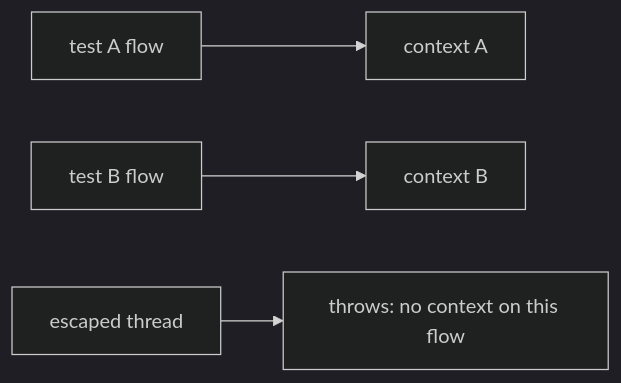
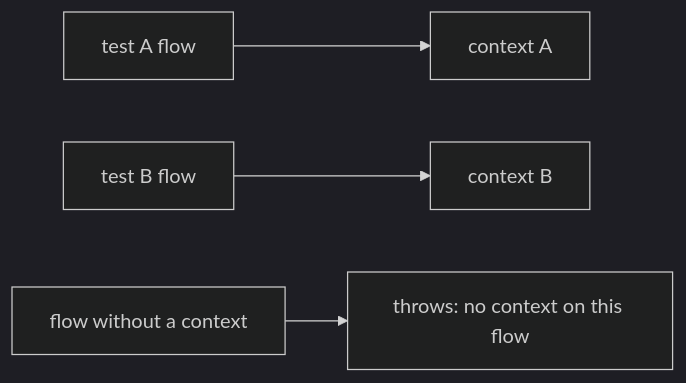
One commit to MSeys/ProtoTest changed the first of 2 diagrams in docs/docs/foundation/execution-context.md. Above: the diagram before and after it, drawn with Mermaid (dark theme). The commit also changed other lines of this file and 41 other files, not shown here.

````diff
--- a/docs/docs/foundation/execution-context.md
+++ b/docs/docs/foundation/execution-context.md
@@ -93,6 +100,6 @@
 ```mermaid
 flowchart LR
     A["test A flow"] --> CA["context A"]
     B["test B flow"] --> CB["context B"]
-    E["escaped thread"] --> T["throws: no context on this flow"]
+    E["flow without a context"] --> T["throws: no context on this flow"]
 ```
````
